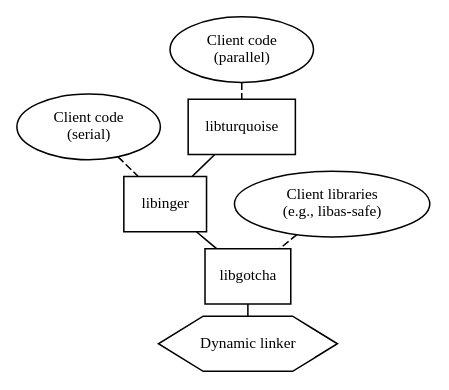
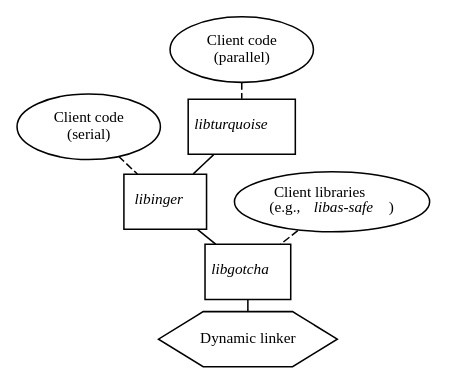
The diagram in figs/architecture.dot (solb/thesis), drawn with Graphviz before and after one commit.

Commit message:
figs/architecture.dot: Italicize our system names

```diff
--- a/figs/architecture.dot
+++ b/figs/architecture.dot
@@ -1,36 +1,36 @@
 strict graph {
 	margin=0;
 	ranksep=0;
 
 	node [fontsize=10,margin=0.05];
 
 	{
 		node [shape=oval];
 
 		serialclient [label="Client code\n(serial)"];
 		parallelclient [label="Client code\n(parallel)"];
-		libassafe [label="Client libraries\n(e.g., libas-safe)"];
+		libassafe [label=<Client libraries<br/>(e.g., <i>libas-safe</i>)>];
 	}
 
 	{
 		node [shape=box];
 
-		libturquoise;
-		libinger;
-		libgotcha;
+		libturquoise [label=<<i>libturquoise</i>>];
+		libinger [label=<<i>libinger</i>>];
+		libgotcha [label=<<i>libgotcha</i>>];
 	}
 
 	rtld [shape=hexagon,label="Dynamic linker"];
 
 	libturquoise -- libinger;
 	libinger -- libgotcha;
 	libgotcha -- rtld;
 
 	{
 		edge [style=dashed];
 
 		serialclient -- libinger;
 		parallelclient -- libturquoise;
 		libassafe -- libgotcha;
 	}
 }
```
